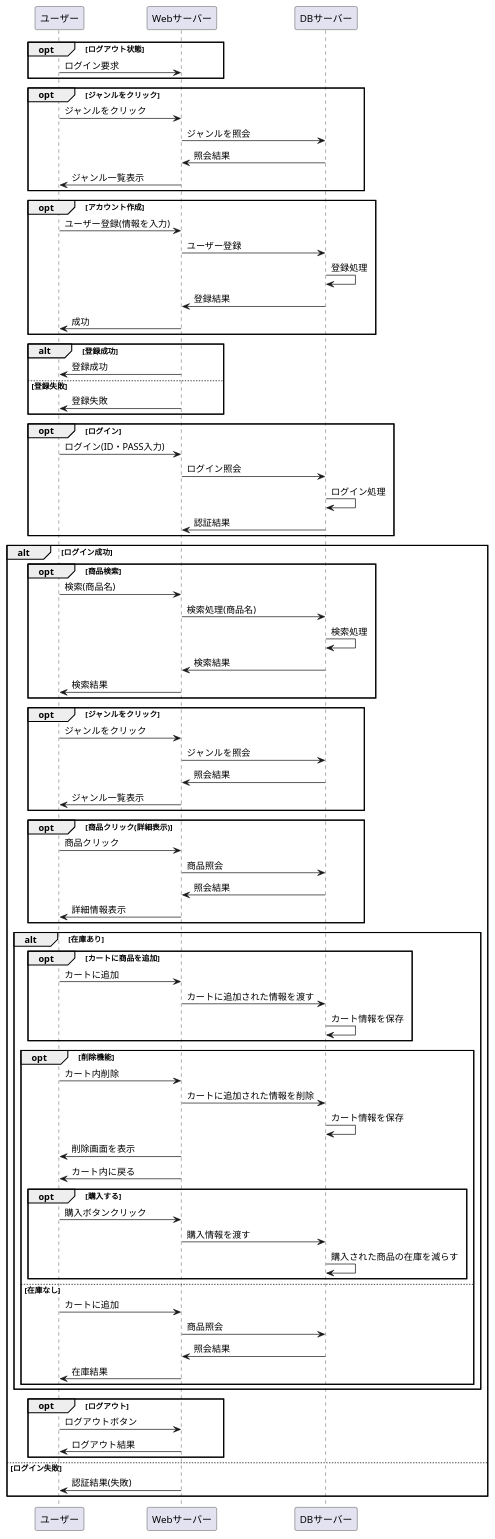
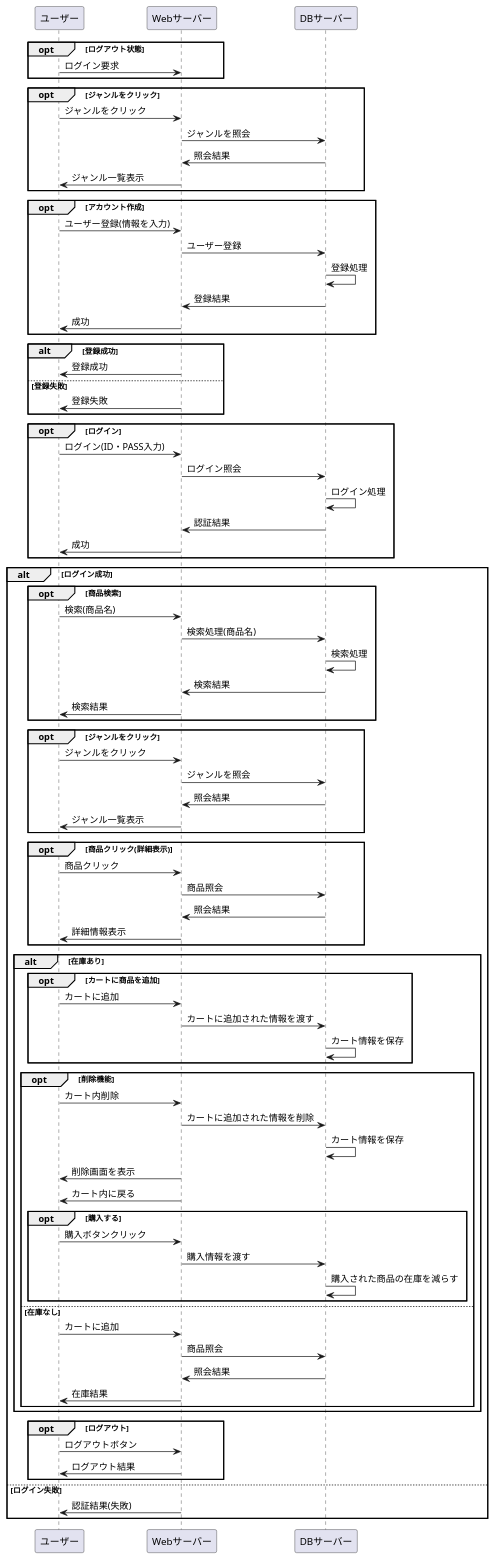
The diagram in あの消し.業務フロー.md (Aso2001184/2021sys-design), drawn with PlantUML before and after one commit.

```diff
--- a/あの消し.業務フロー.md
+++ b/あの消し.業務フロー.md
@@ -31,6 +31,7 @@
 Webサーバー -> DBサーバー : ログイン照会
 DBサーバー -> DBサーバー : ログイン処理
 DBサーバー -> Webサーバー : 認証結果
+Webサーバー -> ユーザー : 成功
 end
 
 alt ログイン成功
```
